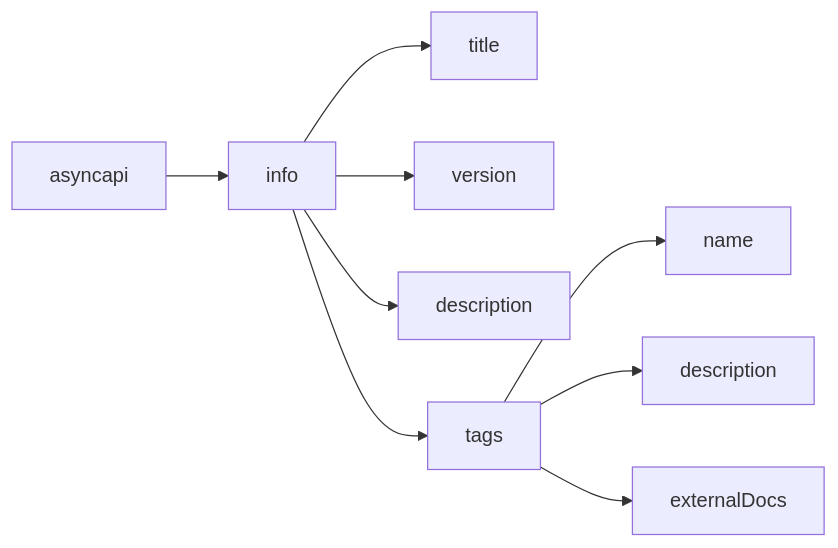
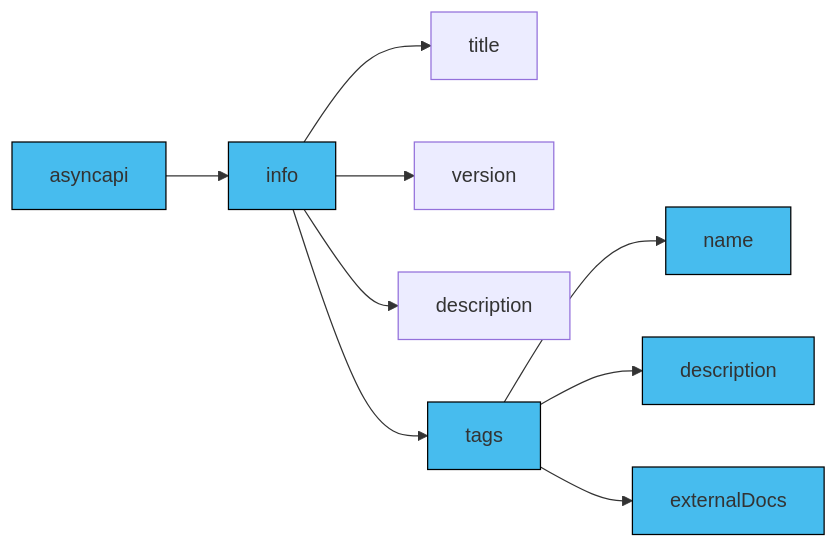
Before and after one commit to asyncapi/website: the first of 5 diagrams in pages/docs/concepts/asyncapi-document/tags.md, drawn with Mermaid. The commit also changed other lines of this file, not shown here.

````diff
--- a/pages/docs/concepts/asyncapi-document/tags.md
+++ b/pages/docs/concepts/asyncapi-document/tags.md
@@ -32,11 +30,18 @@
 ```mermaid
 graph LR
   A[asyncapi] --> B[info]
   B --> C[title]
   B --> D[version]
   B --> E[description]
   B --> F[tags]
   F --> G[name]
   F --> I[description]
   F --> K[externalDocs]
+
+  style A fill:#47BCEE,stroke:#000;
+  style B fill:#47BCEE,stroke:#000;
+  style F fill:#47BCEE,stroke:#000;
+  style I fill:#47BCEE,stroke:#000;
+  style K fill:#47BCEE,stroke:#000;
+  style G fill:#47BCEE,stroke:#000;
 ```
````
